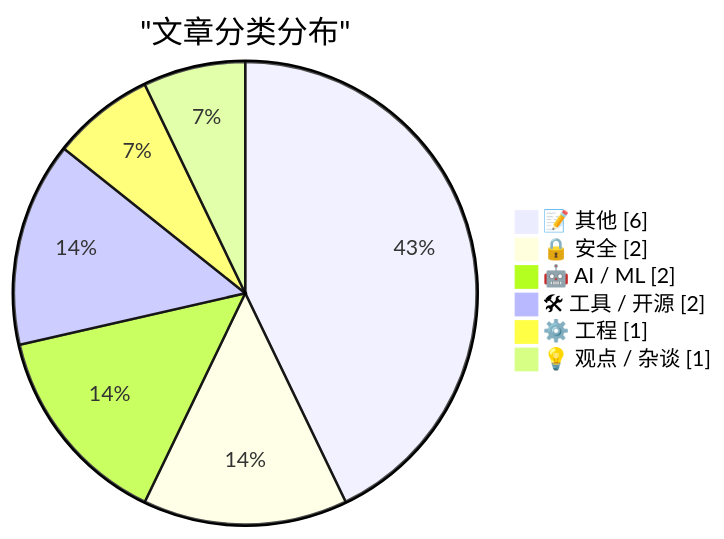
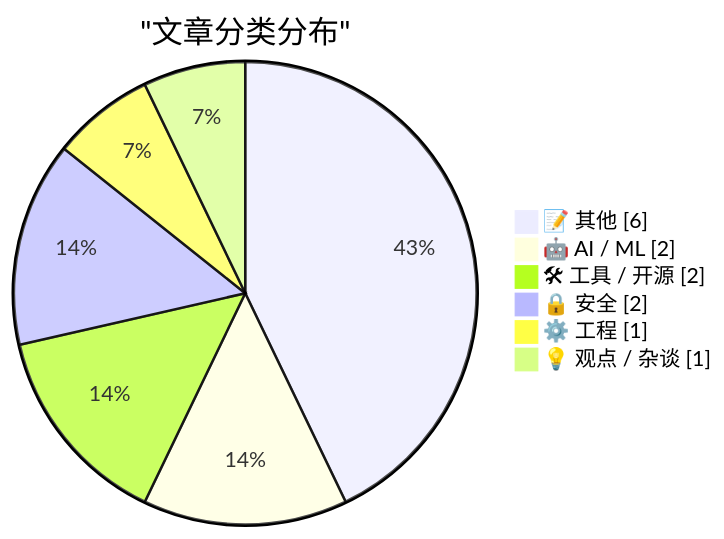
The first of 2 diagrams in digest-20260301.md (gitmeus/daily-reports), drawn with Mermaid before and after one commit. The commit also changed other lines of this file, not shown here.

````diff
--- a/digest-20260301.md
+++ b/digest-20260301.md
@@ -53,10 +53,10 @@
 ```mermaid
 pie showData
     title "文章分类分布"
     "📝 其他" : 6
-    "🔒 安全" : 2
     "🤖 AI / ML" : 2
     "🛠 工具 / 开源" : 2
+    "🔒 安全" : 2
     "⚙️ 工程" : 1
     "💡 观点 / 杂谈" : 1
 ```
````
